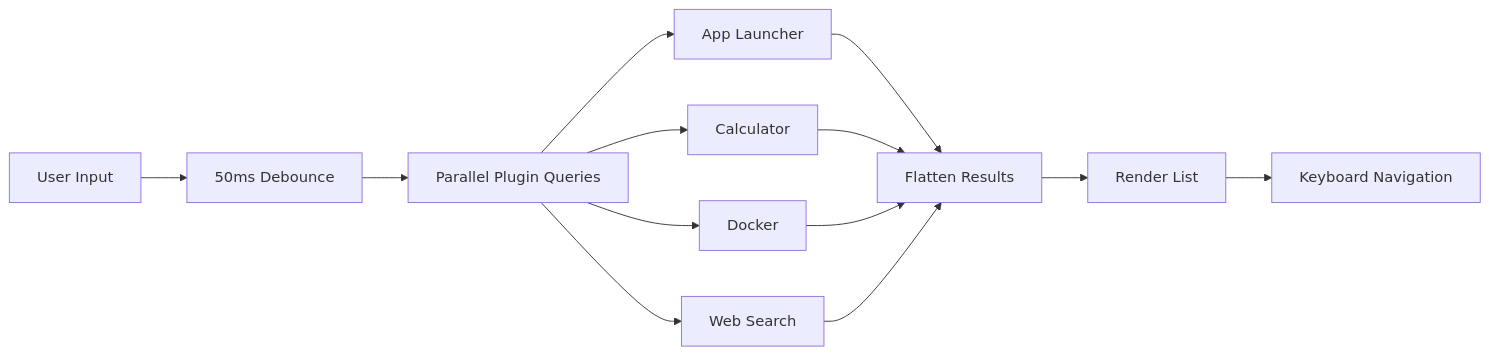
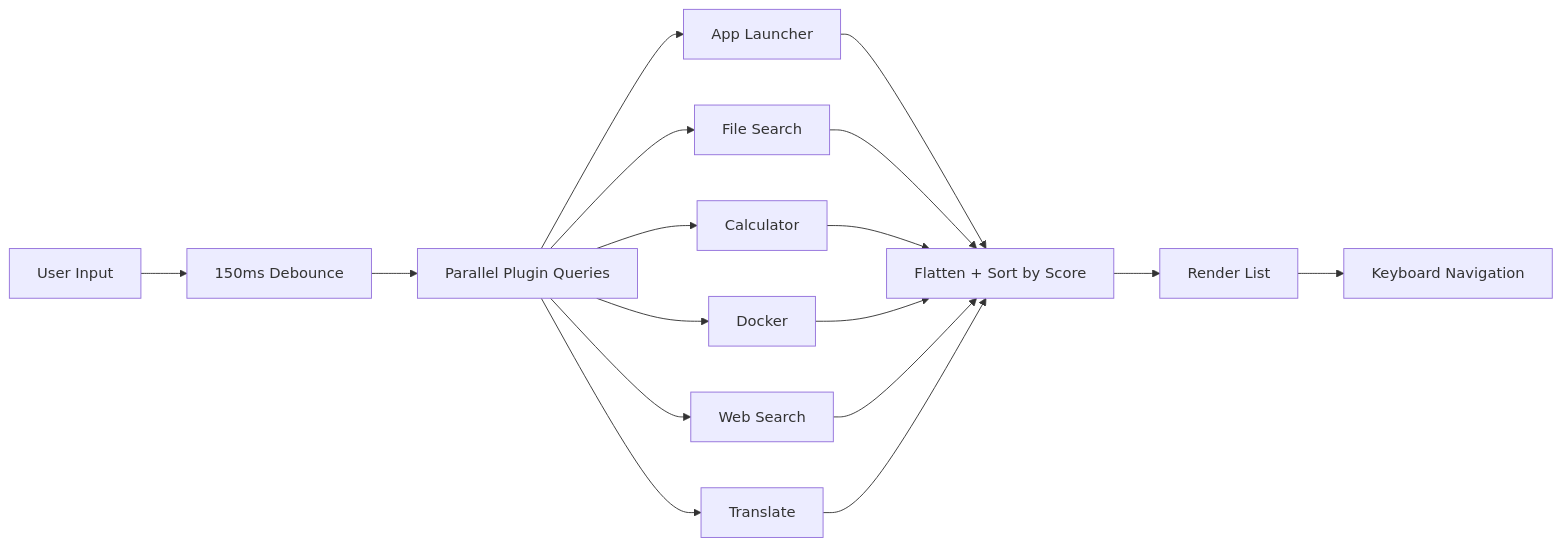
The first of 4 diagrams in arch/data/models.md (RickyDane/gquick), drawn with Mermaid before and after one commit. The commit also changed other lines of this file and 39 other files, not shown here.

````diff
--- a/arch/data/models.md
+++ b/arch/data/models.md
@@ -97,15 +157,19 @@
 ```mermaid
 flowchart LR
-    Input[User Input] --> Debounce[50ms Debounce]
+    Input[User Input] --> Debounce[150ms Debounce]
     Debounce --> Parallel[Parallel Plugin Queries]
     Parallel --> P1[App Launcher]
-    Parallel --> P2[Calculator]
-    Parallel --> P3[Docker]
-    Parallel --> P4[Web Search]
-    P1 --> Flatten[Flatten Results]
+    Parallel --> P2[File Search]
+    Parallel --> P3[Calculator]
+    Parallel --> P4[Docker]
+    Parallel --> P5[Web Search]
+    Parallel --> P6[Translate]
+    P1 --> Flatten[Flatten + Sort by Score]
     P2 --> Flatten
     P3 --> Flatten
     P4 --> Flatten
+    P5 --> Flatten
+    P6 --> Flatten
     Flatten --> Render[Render List]
     Render --> Nav[Keyboard Navigation]
 ```
````
